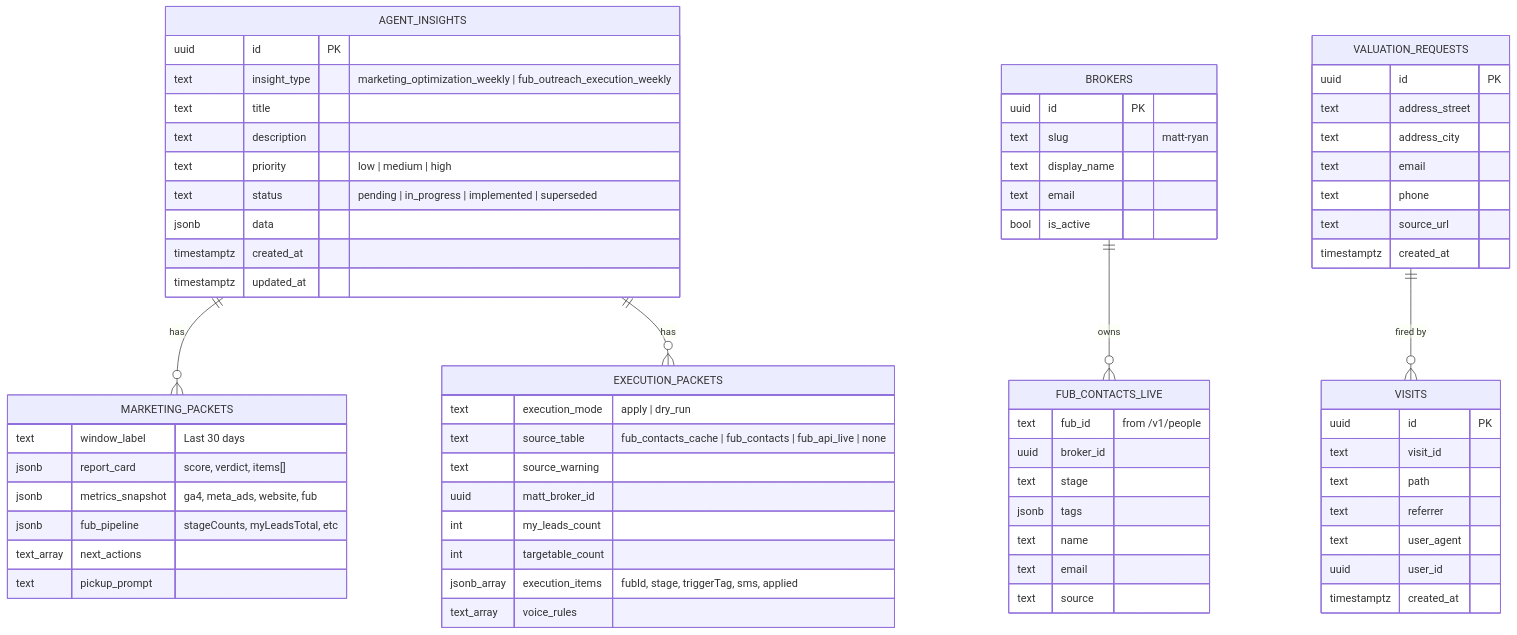
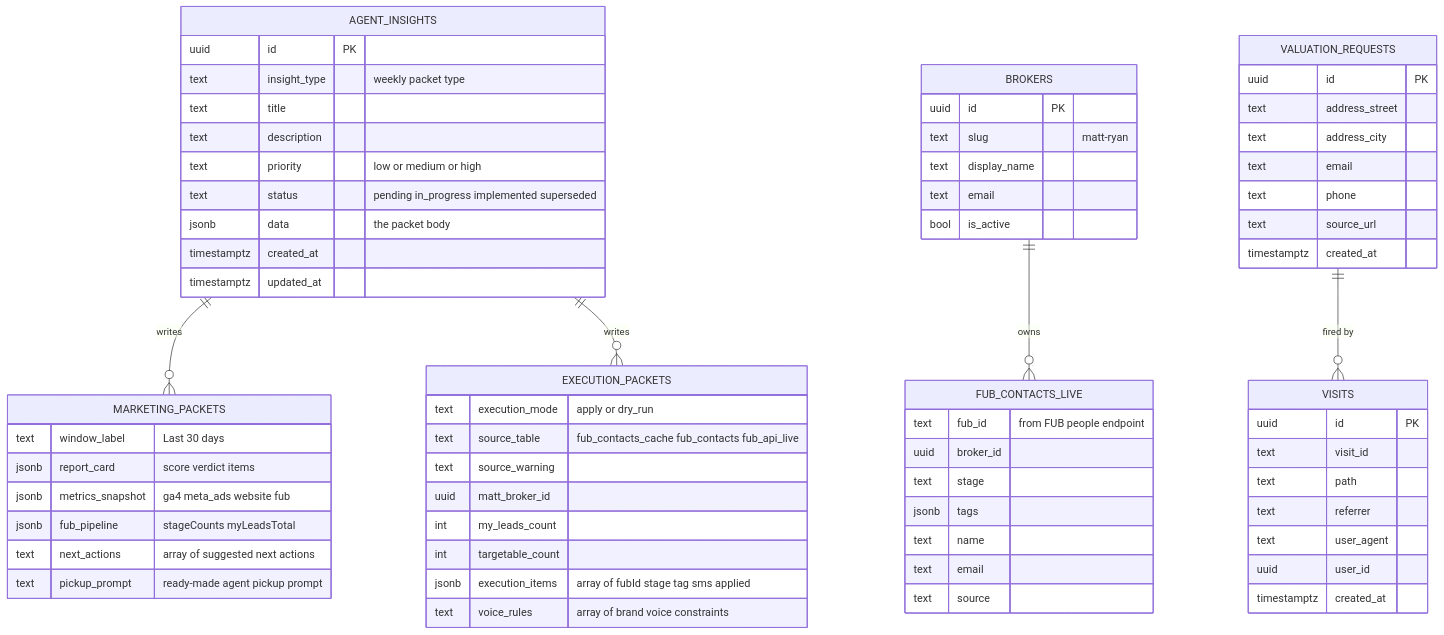
One commit to RyanRealty/RyanRealty changed the seventh of 9 diagrams in docs/FACEBOOK_SELLER_GROWTH_PIPELINE.md. Above: the diagram before and after it, drawn with Mermaid. The commit also changed other lines of this file and 2 other files, not shown here.

First line of the commit message:
fix(docs): rewrite pipeline doc mermaid blocks for mermaid 11 strict parser

````diff
--- a/docs/FACEBOOK_SELLER_GROWTH_PIPELINE.md
+++ b/docs/FACEBOOK_SELLER_GROWTH_PIPELINE.md
@@ -405,77 +405,77 @@
 ```mermaid
 erDiagram
-    AGENT_INSIGHTS ||--o{ MARKETING_PACKETS : has
-    AGENT_INSIGHTS ||--o{ EXECUTION_PACKETS : has
-    BROKERS ||--o{ FUB_CONTACTS_LIVE : owns
+    AGENT_INSIGHTS ||--o{ MARKETING_PACKETS : "writes"
+    AGENT_INSIGHTS ||--o{ EXECUTION_PACKETS : "writes"
+    BROKERS ||--o{ FUB_CONTACTS_LIVE : "owns"
     VALUATION_REQUESTS ||--o{ VISITS : "fired by"
 
     AGENT_INSIGHTS {
         uuid id PK
-        text insight_type "marketing_optimization_weekly | fub_outreach_execution_weekly"
+        text insight_type "weekly packet type"
         text title
         text description
-        text priority "low | medium | high"
-        text status "pending | in_progress | implemented | superseded"
-        jsonb data
+        text priority "low or medium or high"
+        text status "pending in_progress implemented superseded"
+        jsonb data "the packet body"
         timestamptz created_at
         timestamptz updated_at
     }
 
     MARKETING_PACKETS {
         text window_label "Last 30 days"
-        jsonb report_card "score, verdict, items[]"
-        jsonb metrics_snapshot "ga4, meta_ads, website, fub"
-        jsonb fub_pipeline "stageCounts, myLeadsTotal, etc"
-        text_array next_actions
-        text pickup_prompt
+        jsonb report_card "score verdict items"
+        jsonb metrics_snapshot "ga4 meta_ads website fub"
+        jsonb fub_pipeline "stageCounts myLeadsTotal"
+        text next_actions "array of suggested next actions"
+        text pickup_prompt "ready-made agent pickup prompt"
     }
 
     EXECUTION_PACKETS {
-        text execution_mode "apply | dry_run"
-        text source_table "fub_contacts_cache | fub_contacts | fub_api_live | none"
+        text execution_mode "apply or dry_run"
+        text source_table "fub_contacts_cache fub_contacts fub_api_live"
         text source_warning
         uuid matt_broker_id
         int my_leads_count
         int targetable_count
-        jsonb_array execution_items "fubId, stage, triggerTag, sms, applied"
-        text_array voice_rules
+        jsonb execution_items "array of fubId stage tag sms applied"
+        text voice_rules "array of brand voice constraints"
     }
 
     BROKERS {
         uuid id PK
         text slug "matt-ryan"
         text display_name
         text email
         bool is_active
     }
 
     VISITS {
         uuid id PK
         text visit_id
         text path
         text referrer
         text user_agent
         uuid user_id
         timestamptz created_at
     }
 
     VALUATION_REQUESTS {
         uuid id PK
         text address_street
         text address_city
         text email
         text phone
         text source_url
         timestamptz created_at
     }
 
     FUB_CONTACTS_LIVE {
-        text fub_id "from /v1/people"
+        text fub_id "from FUB people endpoint"
         uuid broker_id
         text stage
         jsonb tags
         text name
         text email
         text source
     }
 ```
````
